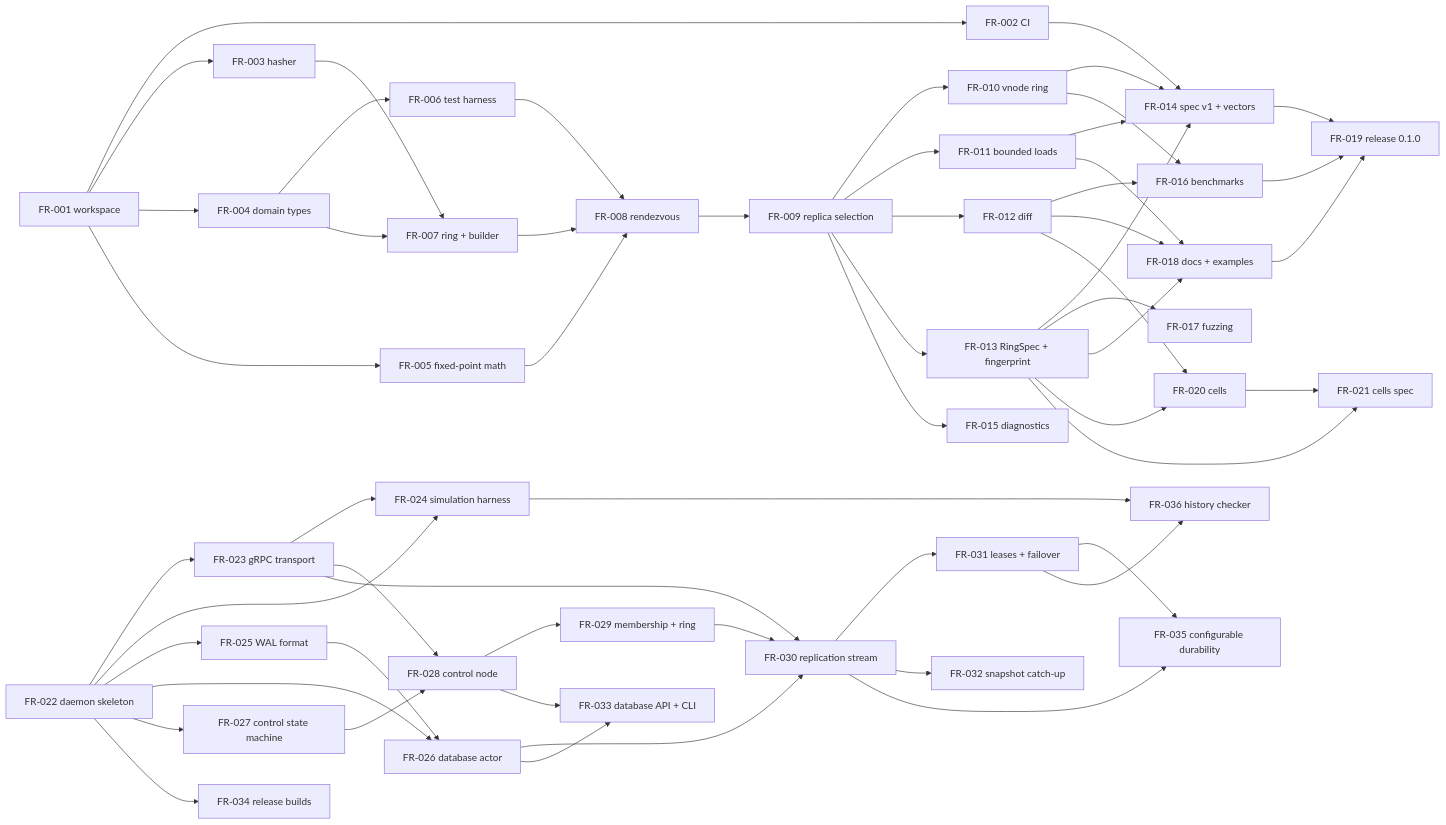
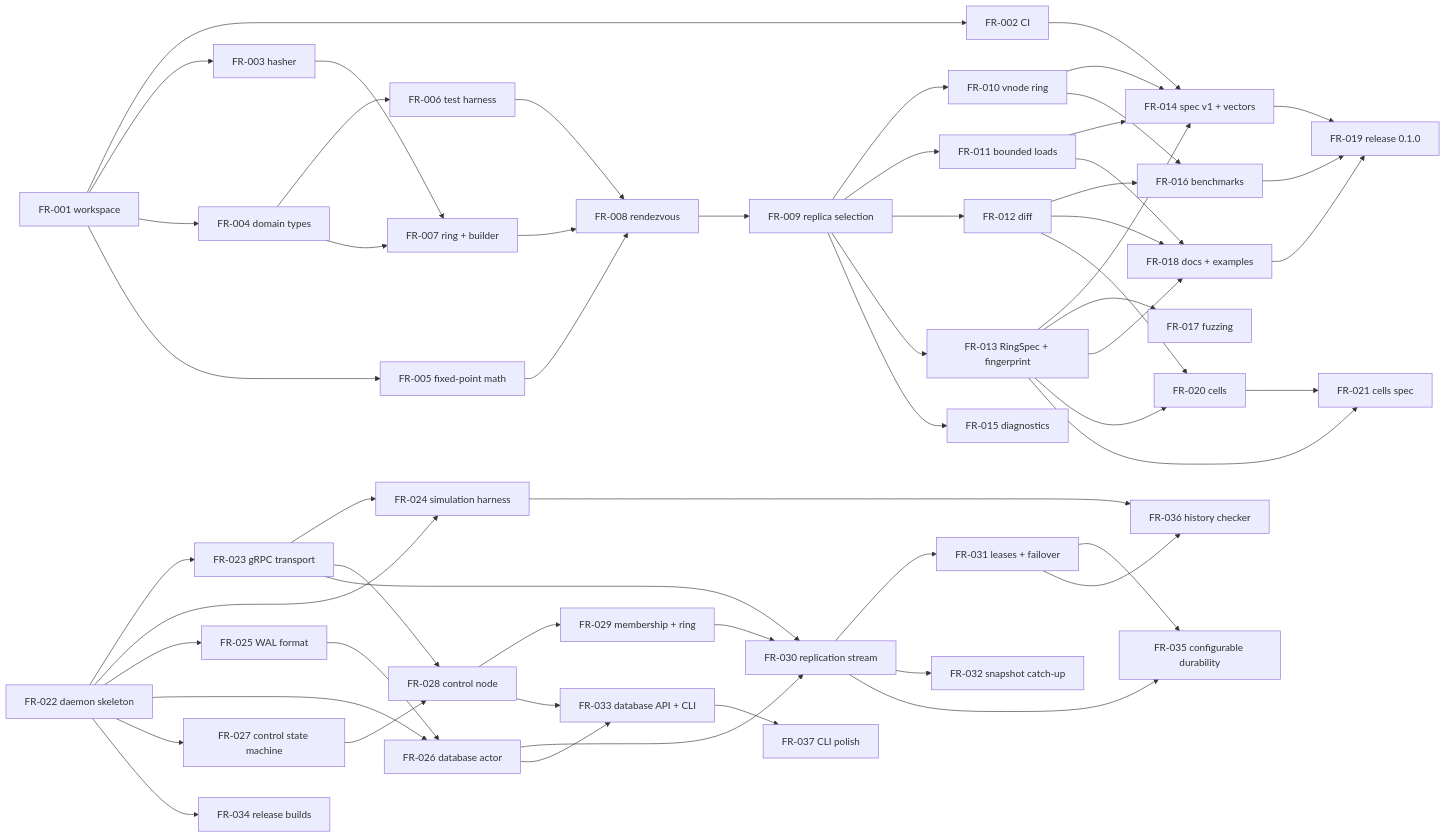
One commit to fleetring/fleetring changed the diagram in docs/tickets/README.md. Above: the diagram before and after it, drawn with Mermaid. The commit also changed other lines of this file and 1 other file, not shown here.

````diff
--- a/docs/tickets/README.md
+++ b/docs/tickets/README.md
@@ -84,58 +85,59 @@
 ```mermaid
 flowchart LR
   FR001[FR-001 workspace] --> FR002[FR-002 CI]
   FR001 --> FR003[FR-003 hasher]
   FR001 --> FR004[FR-004 domain types]
   FR001 --> FR005[FR-005 fixed-point math]
   FR004 --> FR006[FR-006 test harness]
   FR003 --> FR007[FR-007 ring + builder]
   FR004 --> FR007
   FR005 --> FR008[FR-008 rendezvous]
   FR006 --> FR008
   FR007 --> FR008
   FR008 --> FR009[FR-009 replica selection]
   FR009 --> FR010[FR-010 vnode ring]
   FR009 --> FR011[FR-011 bounded loads]
   FR009 --> FR012[FR-012 diff]
   FR009 --> FR013[FR-013 RingSpec + fingerprint]
   FR009 --> FR015[FR-015 diagnostics]
   FR002 --> FR014[FR-014 spec v1 + vectors]
   FR010 --> FR014
   FR011 --> FR014
   FR013 --> FR014
   FR010 --> FR016[FR-016 benchmarks]
   FR012 --> FR016
   FR013 --> FR017[FR-017 fuzzing]
   FR011 --> FR018[FR-018 docs + examples]
   FR012 --> FR018
   FR013 --> FR018
   FR014 --> FR019[FR-019 release 0.1.0]
   FR016 --> FR019
   FR018 --> FR019
   FR012 --> FR020[FR-020 cells]
   FR013 --> FR020
   FR013 --> FR021[FR-021 cells spec]
   FR020 --> FR021
   FR022[FR-022 daemon skeleton] --> FR023[FR-023 gRPC transport]
   FR022 --> FR024[FR-024 simulation harness]
   FR023 --> FR024
   FR022 --> FR025[FR-025 WAL format]
   FR022 --> FR026[FR-026 database actor]
   FR025 --> FR026
   FR022 --> FR027[FR-027 control state machine]
   FR023 --> FR028[FR-028 control node]
   FR027 --> FR028
   FR028 --> FR029[FR-029 membership + ring]
   FR023 --> FR030[FR-030 replication stream]
   FR026 --> FR030
   FR029 --> FR030
   FR030 --> FR031[FR-031 leases + failover]
   FR030 --> FR032[FR-032 snapshot catch-up]
   FR026 --> FR033[FR-033 database API + CLI]
   FR028 --> FR033
   FR022 --> FR034[FR-034 release builds]
   FR030 --> FR035[FR-035 configurable durability]
   FR031 --> FR035
   FR024 --> FR036[FR-036 history checker]
   FR031 --> FR036
+  FR033 --> FR037[FR-037 CLI polish]
 ```
````
